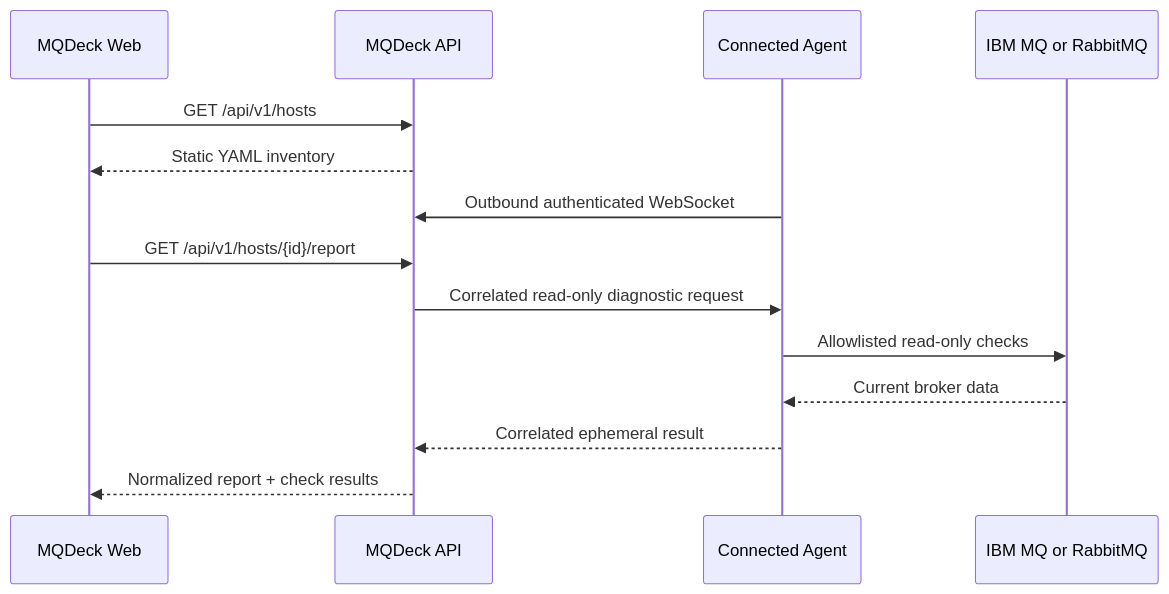
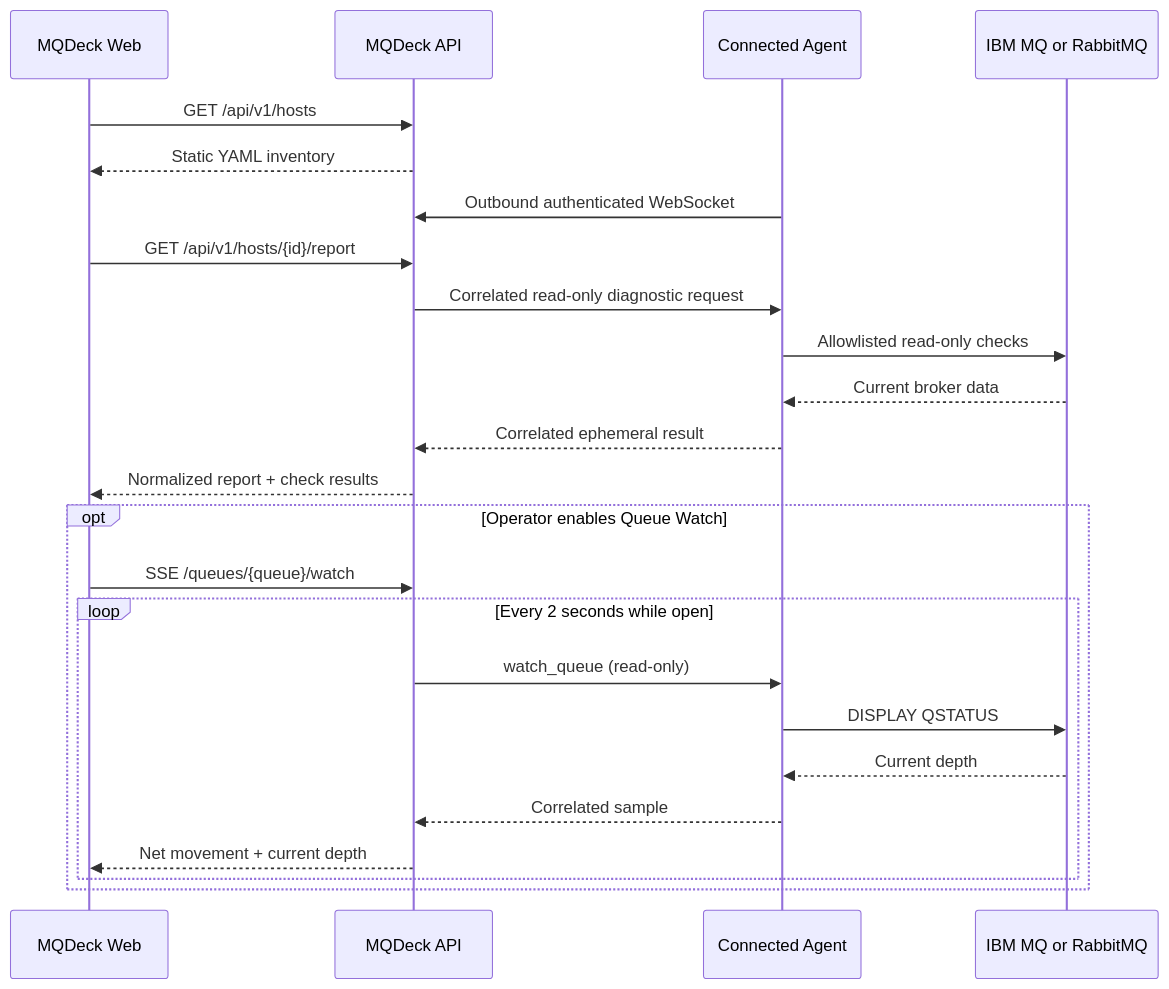
One commit to mqdeck/mqdeck changed the diagram in docs/on-demand-architecture.md. Above: the diagram before and after it, drawn with Mermaid. The commit also changed other lines of this file and 6 other files, not shown here.

Commit message:
docs: document queue watch in 1.0.12

````diff
--- a/docs/on-demand-architecture.md
+++ b/docs/on-demand-architecture.md
@@ -15,17 +15,27 @@
 ```mermaid
 sequenceDiagram
     participant UI as MQDeck Web
     participant API as MQDeck API
     participant A as Connected Agent
     participant MQ as IBM MQ or RabbitMQ
 
     UI->>API: GET /api/v1/hosts
     API-->>UI: Static YAML inventory
     A->>API: Outbound authenticated WebSocket
     UI->>API: GET /api/v1/hosts/{id}/report
     API->>A: Correlated read-only diagnostic request
     A->>MQ: Allowlisted read-only checks
     MQ-->>A: Current broker data
     A-->>API: Correlated ephemeral result
     API-->>UI: Normalized report + check results
+    opt Operator enables Queue Watch
+        UI->>API: SSE /queues/{queue}/watch
+        loop Every 2 seconds while open
+            API->>A: watch_queue (read-only)
+            A->>MQ: DISPLAY QSTATUS
+            MQ-->>A: Current depth
+            A-->>API: Correlated sample
+            API-->>UI: Net movement + current depth
+        end
+    end
 ```
````
